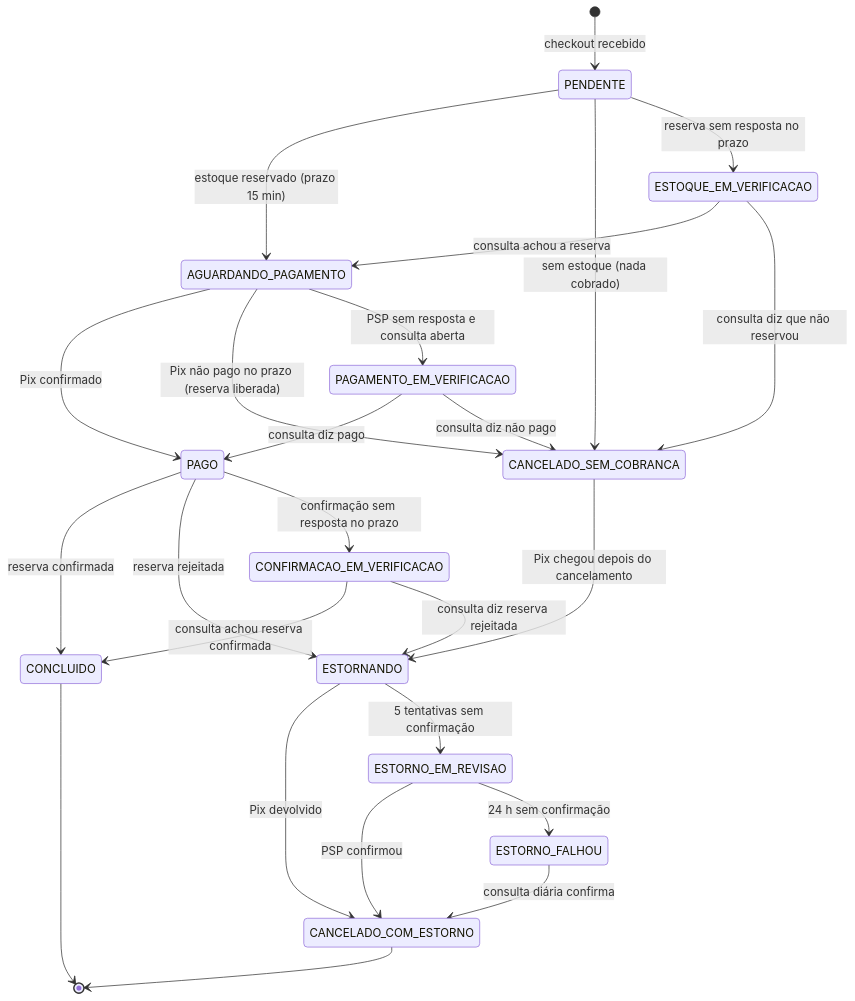
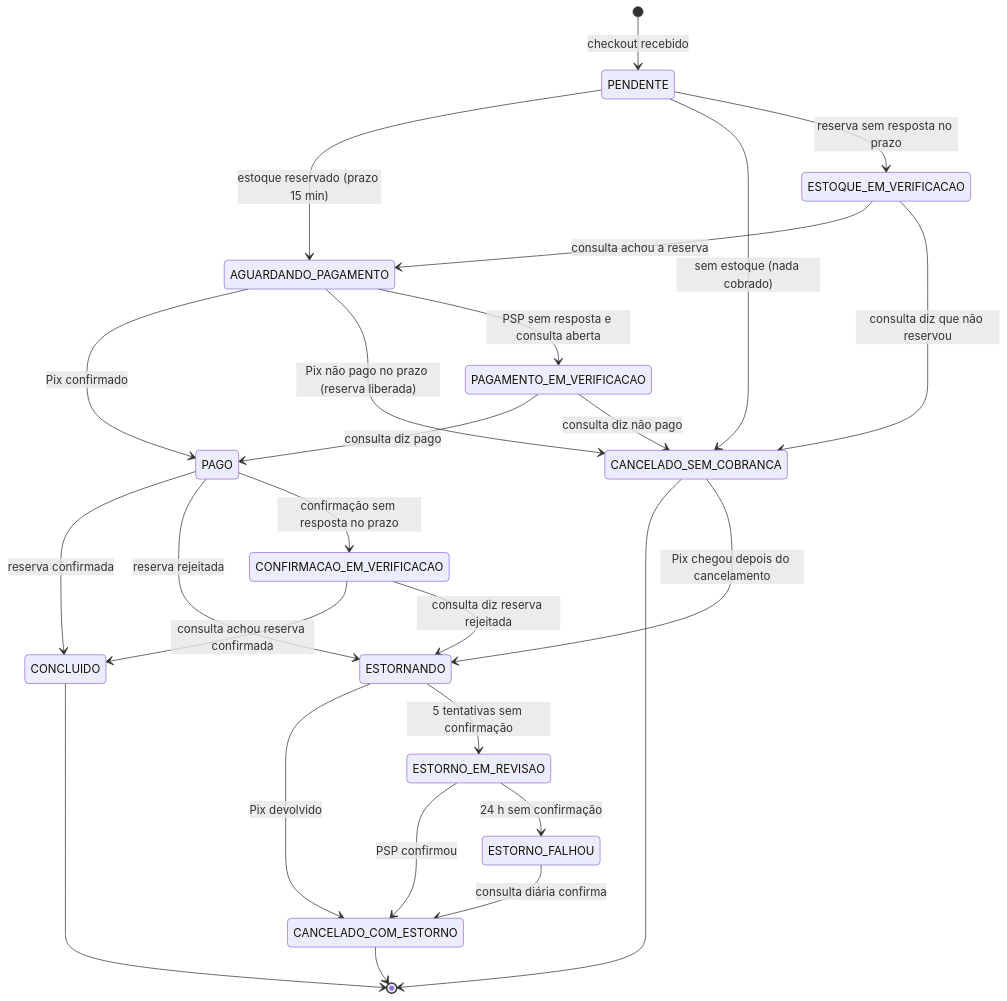
One commit to GiovaniBR1/ada-mod2 changed the diagram in Aula 4/apendice-maquina-de-estados.md. Above: the diagram before and after it, drawn with Mermaid. The commit also changed other lines of this file and 3 other files, not shown here.

````diff
--- a/Aula 4/apendice-maquina-de-estados.md
+++ b/Aula 4/apendice-maquina-de-estados.md
@@ -55,27 +55,28 @@
 ```mermaid
 stateDiagram-v2
   [*] --> PENDENTE: checkout recebido
   PENDENTE --> AGUARDANDO_PAGAMENTO: estoque reservado (prazo 15 min)
   PENDENTE --> CANCELADO_SEM_COBRANCA: sem estoque (nada cobrado)
   PENDENTE --> ESTOQUE_EM_VERIFICACAO: reserva sem resposta no prazo
   ESTOQUE_EM_VERIFICACAO --> AGUARDANDO_PAGAMENTO: consulta achou a reserva
   ESTOQUE_EM_VERIFICACAO --> CANCELADO_SEM_COBRANCA: consulta diz que não reservou
   AGUARDANDO_PAGAMENTO --> PAGO: Pix confirmado
   AGUARDANDO_PAGAMENTO --> CANCELADO_SEM_COBRANCA: Pix não pago no prazo (reserva liberada)
   AGUARDANDO_PAGAMENTO --> PAGAMENTO_EM_VERIFICACAO: PSP sem resposta e consulta aberta
   PAGAMENTO_EM_VERIFICACAO --> PAGO: consulta diz pago
   PAGAMENTO_EM_VERIFICACAO --> CANCELADO_SEM_COBRANCA: consulta diz não pago
   PAGO --> CONCLUIDO: reserva confirmada
   PAGO --> ESTORNANDO: reserva rejeitada
   PAGO --> CONFIRMACAO_EM_VERIFICACAO: confirmação sem resposta no prazo
   CONFIRMACAO_EM_VERIFICACAO --> CONCLUIDO: consulta achou reserva confirmada
   CONFIRMACAO_EM_VERIFICACAO --> ESTORNANDO: consulta diz reserva rejeitada
+  CANCELADO_SEM_COBRANCA --> [*]
   CANCELADO_SEM_COBRANCA --> ESTORNANDO: Pix chegou depois do cancelamento
   ESTORNANDO --> CANCELADO_COM_ESTORNO: Pix devolvido
   ESTORNANDO --> ESTORNO_EM_REVISAO: 5 tentativas sem confirmação
   ESTORNO_EM_REVISAO --> CANCELADO_COM_ESTORNO: PSP confirmou
   ESTORNO_EM_REVISAO --> ESTORNO_FALHOU: 24 h sem confirmação
   ESTORNO_FALHOU --> CANCELADO_COM_ESTORNO: consulta diária confirma
   CONCLUIDO --> [*]
   CANCELADO_COM_ESTORNO --> [*]
 ```
````
